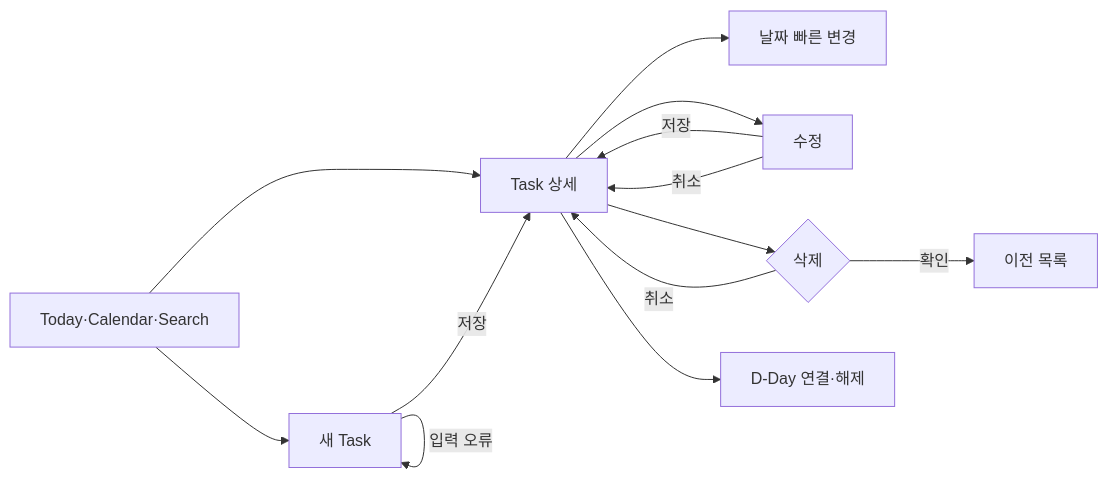
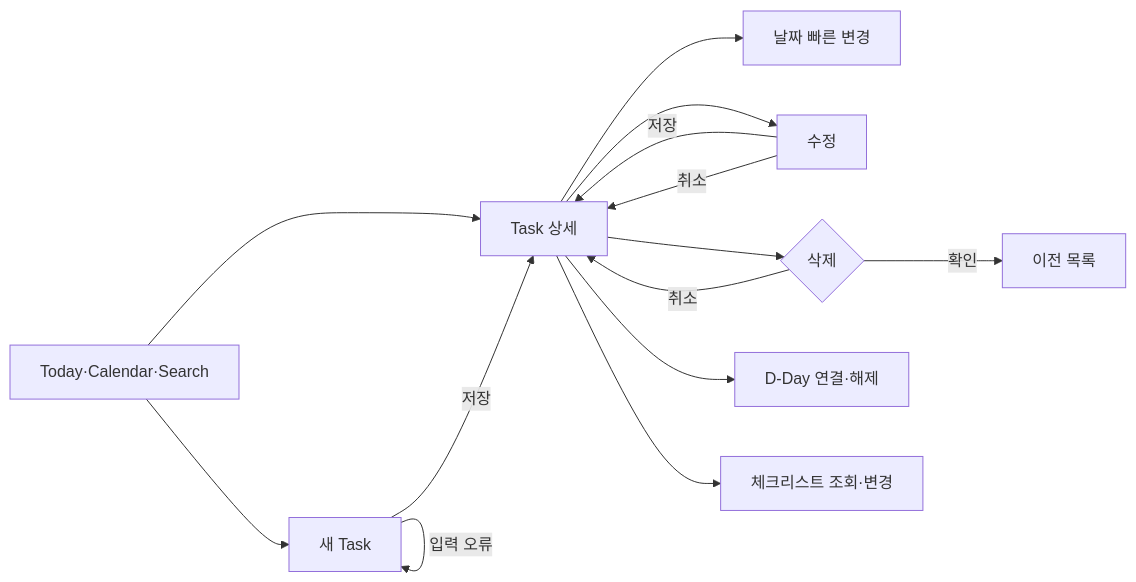
One commit to dooit-project/dooit-mobile changed the third of 8 diagrams in docs/product/USER_FLOW_CATALOG.md. Above: the diagram before and after it, drawn with Mermaid. The commit also changed other lines of this file and 20 other files, not shown here.

````diff
--- a/docs/product/USER_FLOW_CATALOG.md
+++ b/docs/product/USER_FLOW_CATALOG.md
@@ -85,15 +90,16 @@
 ```mermaid
 flowchart LR
   A[Today·Calendar·Search] --> B[Task 상세]
   A --> C[새 Task]
   C -->|저장| B
   C -->|입력 오류| C
   B --> D[날짜 빠른 변경]
   B --> E[수정]
   E -->|저장| B
   E -->|취소| B
   B --> F{삭제}
   F -->|확인| G[이전 목록]
   F -->|취소| B
   B --> H[D-Day 연결·해제]
+  B --> I[체크리스트 조회·변경]
 ```
````
